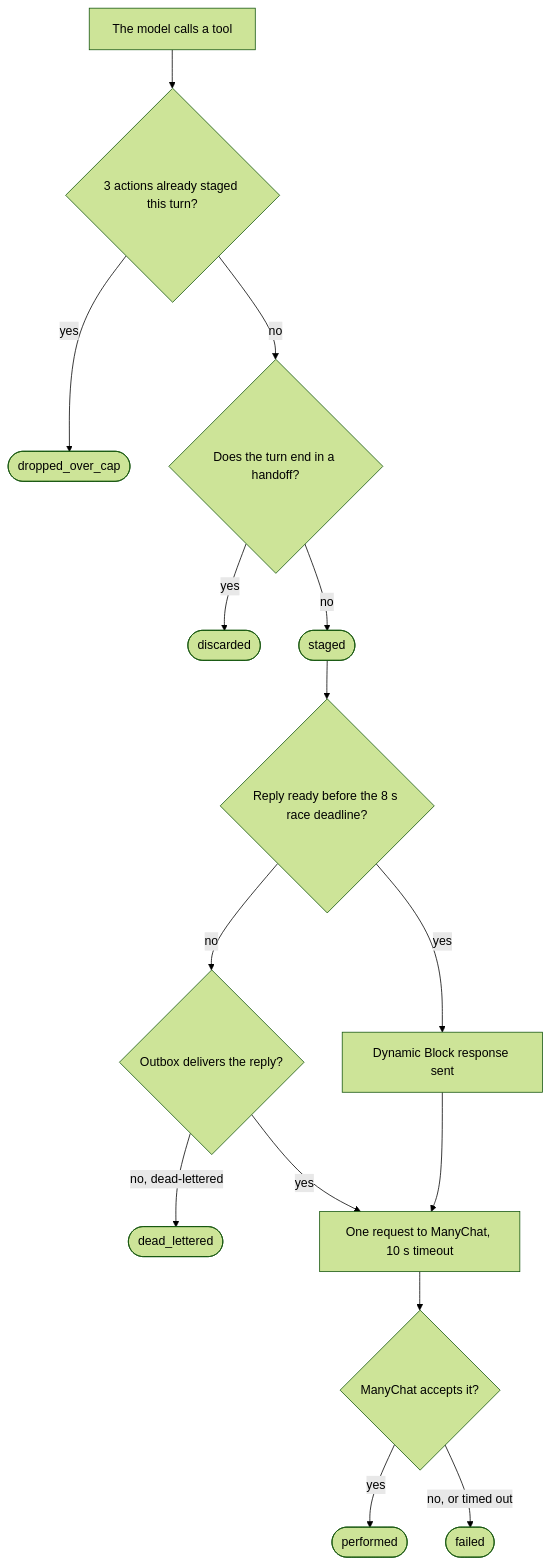
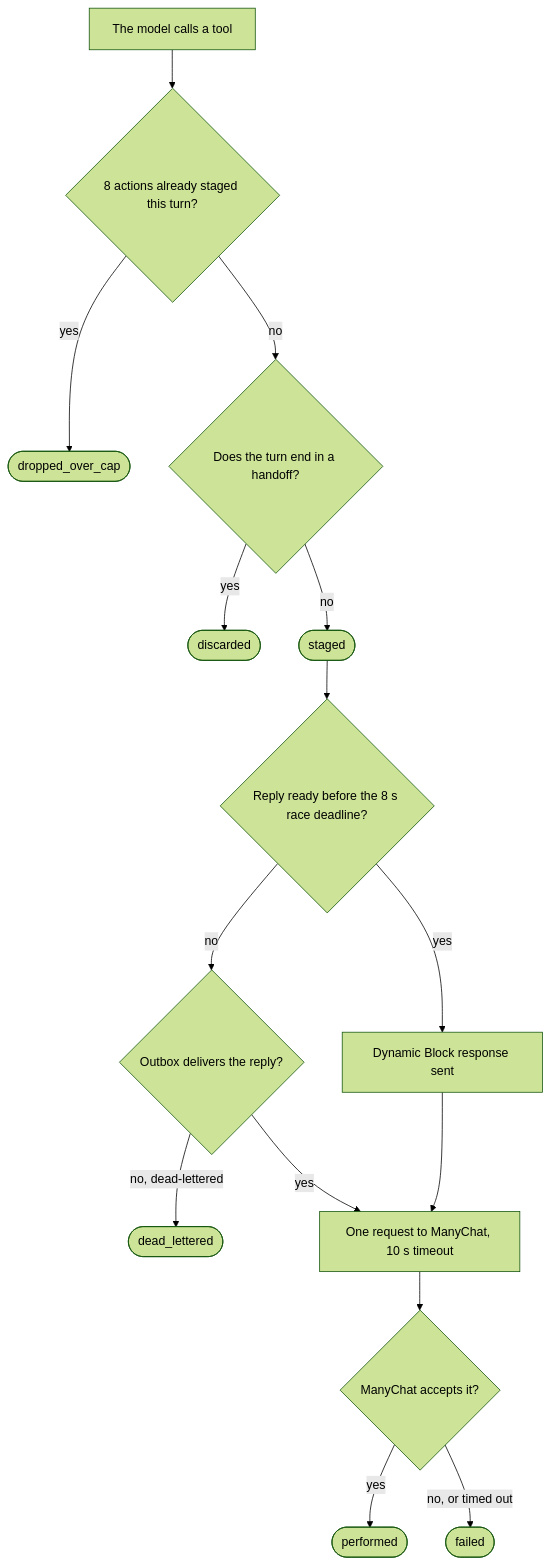
One commit to pedronastasi/manychat-ai-agent changed the diagram in config/README.md. Above: the diagram before and after it, drawn with Mermaid (forest theme). The commit also changed other lines of this file and 28 other files, not shown here.

````diff
--- a/config/README.md
+++ b/config/README.md
@@ -234,17 +273,17 @@
 ```mermaid
 flowchart TD
-    call["The model calls a tool"] --> cap{"3 actions already staged this turn?"}
+    call["The model calls a tool"] --> cap{"8 actions already staged this turn?"}
     cap -- yes --> over(["dropped_over_cap"])
     cap -- no --> handoff{"Does the turn end in a handoff?"}
     handoff -- yes --> discarded(["discarded"])
     handoff -- no --> staged(["staged"])
     staged --> deadline{"Reply ready before the 8 s race deadline?"}
     deadline -- yes --> inline["Dynamic Block response sent"]
     deadline -- no --> outbox{"Outbox delivers the reply?"}
     outbox -- "no, dead-lettered" --> dead(["dead_lettered"])
     outbox -- yes --> run
     inline --> run["One request to ManyChat, 10 s timeout"]
     run --> accepted{"ManyChat accepts it?"}
     accepted -- yes --> performed(["performed"])
     accepted -- "no, or timed out" --> failed(["failed"])
 ```
````
